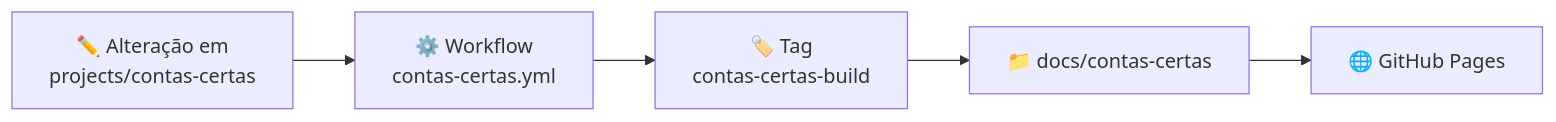
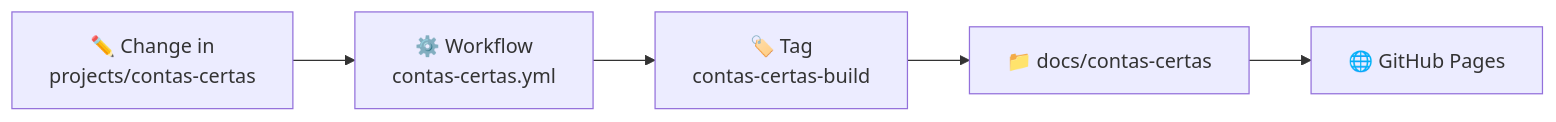
One commit to RafaDevpt/Personal-AI-Projects changed the second of 2 diagrams in projects/contas-certas/README.md. Above: the diagram before and after it, drawn with Mermaid. The commit also changed other lines of this file and 9 other files, not shown here.

````diff
--- a/projects/contas-certas/README.md
+++ b/projects/contas-certas/README.md
@@ -95,7 +93,7 @@
 ```mermaid
 flowchart LR
-    A["✏️ Alteração em<br/>projects/contas-certas"] --> B["⚙️ Workflow<br/>contas-certas.yml"]
+    A["✏️ Change in<br/>projects/contas-certas"] --> B["⚙️ Workflow<br/>contas-certas.yml"]
     B --> C["🏷️ Tag<br/>contas-certas-build"]
     C --> D["📁 docs/contas-certas"]
     D --> E["🌐 GitHub Pages"]
 ```
````
